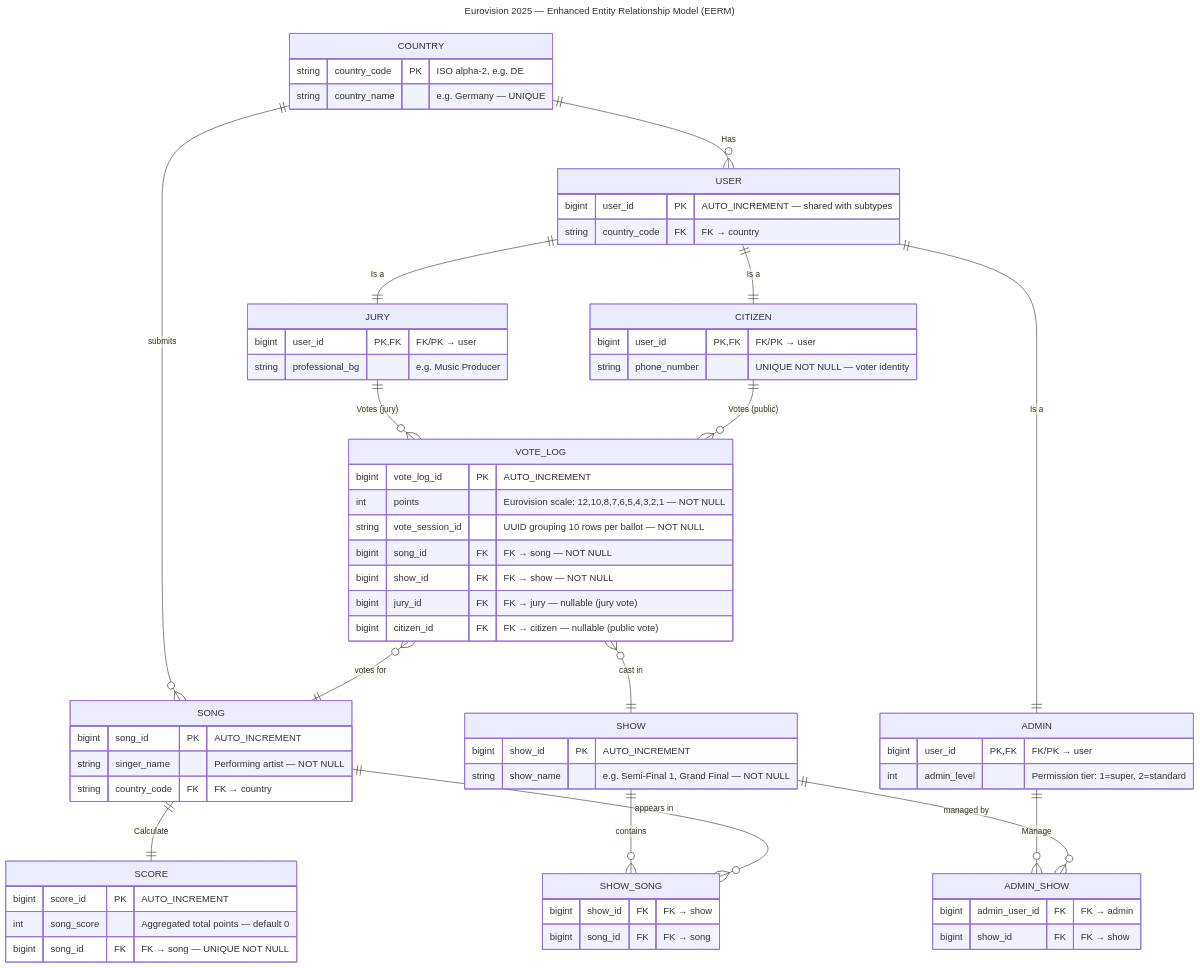
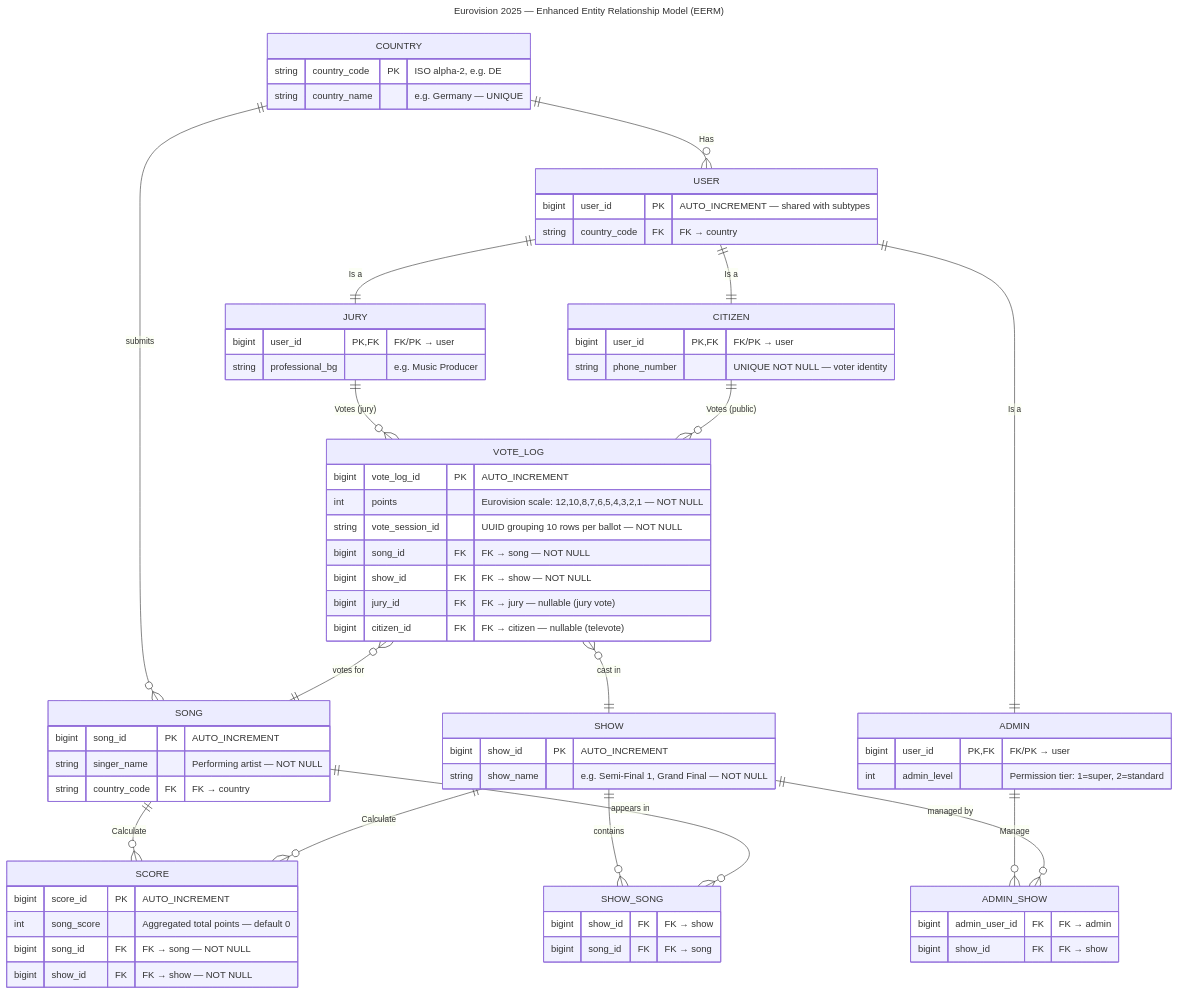
Before and after one commit to bermar24/Databases_Eurovision_project: the diagram in docs/EERM.mermaid, drawn with Mermaid. The commit also changed 10 other files, not shown here.

Commit message:
improve frontend vote script and edited score logic adding show_id

```diff
--- a/docs/EERM.mermaid
+++ b/docs/EERM.mermaid
@@ -1,122 +1,124 @@
 ---
 title: Eurovision 2025 — Enhanced Entity Relationship Model (EERM)
 ---
 erDiagram
 
-    %% ─────────────────────────────────────────────
-    %% ENTITIES
-    %% ─────────────────────────────────────────────
+%% ─────────────────────────────────────────────
+%% ENTITIES
+%% ─────────────────────────────────────────────
 
     COUNTRY {
         string country_code PK "ISO alpha-2, e.g. DE"
         string country_name    "e.g. Germany — UNIQUE"
     }
 
     USER {
         bigint user_id   PK  "AUTO_INCREMENT — shared with subtypes"
         string country_code FK "FK → country"
     }
 
     JURY {
         bigint user_id       PK, FK "FK/PK → user"
         string professional_bg     "e.g. Music Producer"
     }
 
     CITIZEN {
-        bigint user_id PK, FK "FK/PK → user"
+        bigint user_id      PK, FK "FK/PK → user"
         string phone_number       "UNIQUE NOT NULL — voter identity"
     }
 
     ADMIN {
         bigint user_id    PK, FK "FK/PK → user"
         int    admin_level       "Permission tier: 1=super, 2=standard"
     }
 
     SONG {
         bigint song_id      PK  "AUTO_INCREMENT"
         string singer_name      "Performing artist — NOT NULL"
         string country_code  FK "FK → country"
     }
 
     VOTE_LOG {
-        bigint vote_log_id  PK  "AUTO_INCREMENT"
-        int    points           "Eurovision scale: 12,10,8,7,6,5,4,3,2,1 — NOT NULL"
+        bigint vote_log_id    PK  "AUTO_INCREMENT"
+        int    points             "Eurovision scale: 12,10,8,7,6,5,4,3,2,1 — NOT NULL"
         string vote_session_id    "UUID grouping 10 rows per ballot — NOT NULL"
-        bigint song_id       FK "FK → song — NOT NULL"
+        bigint song_id         FK "FK → song — NOT NULL"
         bigint show_id         FK "FK → show — NOT NULL"
-        bigint jury_id       FK "FK → jury — nullable (jury vote)"
-        bigint citizen_id    FK "FK → citizen — nullable (public vote)"
+        bigint jury_id         FK "FK → jury — nullable (jury vote)"
+        bigint citizen_id      FK "FK → citizen — nullable (televote)"
     }
 
     SCORE {
         bigint score_id   PK  "AUTO_INCREMENT"
         int    song_score      "Aggregated total points — default 0"
-        bigint song_id     FK "FK → song — UNIQUE NOT NULL"
+        bigint song_id     FK "FK → song — NOT NULL"
+        bigint show_id     FK "FK → show — NOT NULL"
     }
 
     SHOW {
         bigint show_id   PK "AUTO_INCREMENT"
         string show_name    "e.g. Semi-Final 1, Grand Final — NOT NULL"
     }
 
-    %% ─────────────────────────────────────────────
-    %% JOIN TABLES (M:N resolutions)
-    %% ─────────────────────────────────────────────
+%% ─────────────────────────────────────────────
+%% JOIN TABLES (M:N resolutions)
+%% ─────────────────────────────────────────────
 
     SHOW_SONG {
         bigint show_id  FK "FK → show"
         bigint song_id  FK "FK → song"
     }
 
     ADMIN_SHOW {
         bigint admin_user_id FK "FK → admin"
         bigint show_id       FK "FK → show"
     }
 
-    %% ─────────────────────────────────────────────
-    %% RELATIONSHIPS
-    %% ─────────────────────────────────────────────
+%% ─────────────────────────────────────────────
+%% RELATIONSHIPS
+%% ─────────────────────────────────────────────
 
-    %% ── Has: Country → User (1:M) ────────────────
-    %% "One country has many users"
+%% ── Has: Country → User (1:M) ────────────────
+%% "One country has many users"
     COUNTRY ||--o{ USER : "Has"
 
-    %% ── Is a: User → Jury (Joined Table Inheritance)
-    %% "A Jury IS A User"
+%% ── Is a: User → Jury (Joined Table Inheritance)
+%% "A Jury IS A User"
     USER ||--|| JURY    : "Is a"
     USER ||--|| CITIZEN : "Is a"
     USER ||--|| ADMIN   : "Is a"
 
-    %% ── Country → Song (1:M) ─────────────────────
-    %% "One country submits many songs"
+%% ── Country → Song (1:M) ─────────────────────
+%% "One country submits many songs"
     COUNTRY ||--o{ SONG : "submits"
 
-    %% ── Votes: Jury → VoteLog (1:M) ─────────────
-    %% "One jury member casts many votes"
+%% ── Votes: Jury → VoteLog (1:M) ─────────────
+%% "One jury member casts many votes"
     JURY    ||--o{ VOTE_LOG : "Votes (jury)"
 
-    %% ── Votes: Citizen → VoteLog (1:M) ──────────
-    %% "One citizen casts many votes"
+%% ── Votes: Citizen → VoteLog (1:M) ──────────
+%% "One citizen casts many votes"
     CITIZEN ||--o{ VOTE_LOG : "Votes (public)"
 
-    %% ── VoteLog → Song (M:1) ─────────────────────
-    %% "Many votes target one song"
+%% ── VoteLog → Song (M:1) ─────────────────────
+%% "Many votes target one song"
     VOTE_LOG }o--|| SONG : "votes for"
 
-    %% ── VoteLog → Show (M:1) ─────────────────────
-    %% "Many votes belong to one show"
+%% ── VoteLog → Show (M:1) ─────────────────────
+%% "Many votes belong to one show"
     VOTE_LOG }o--|| SHOW : "cast in"
 
-    %% ── Calculate: Song → Score (1:1) ────────────
-    %% "One song has one calculated score"
-    SONG    ||--|| SCORE : "Calculate"
+%% ── Calculate: Song/Show → Score (M:1 each, UNIQUE together) ─
+%% "One score per song per show — independent per show"
+    SONG    ||--o{ SCORE : "Calculate"
+    SHOW    ||--o{ SCORE : "Calculate"
 
-    %% ── Song ↔ Show (M:N via SHOW_SONG) ──────────
-    %% "Songs appear in shows"
+%% ── Song ↔ Show (M:N via SHOW_SONG) ──────────
+%% "Songs appear in shows"
     SHOW     ||--o{ SHOW_SONG  : "contains"
     SONG     ||--o{ SHOW_SONG  : "appears in"
 
-    %% ── Manage: Admin ↔ Show (M:N via ADMIN_SHOW) 
-    %% "Admins manage shows"
+%% ── Manage: Admin ↔ Show (M:N via ADMIN_SHOW)
+%% "Admins manage shows"
     ADMIN    ||--o{ ADMIN_SHOW : "Manage"
     SHOW     ||--o{ ADMIN_SHOW : "managed by"
```
